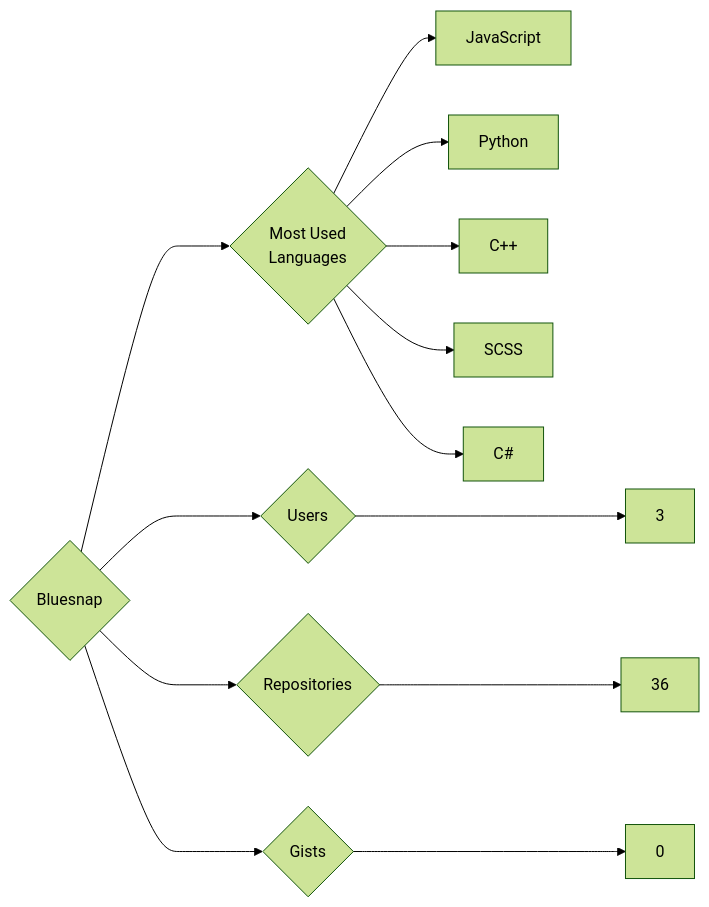
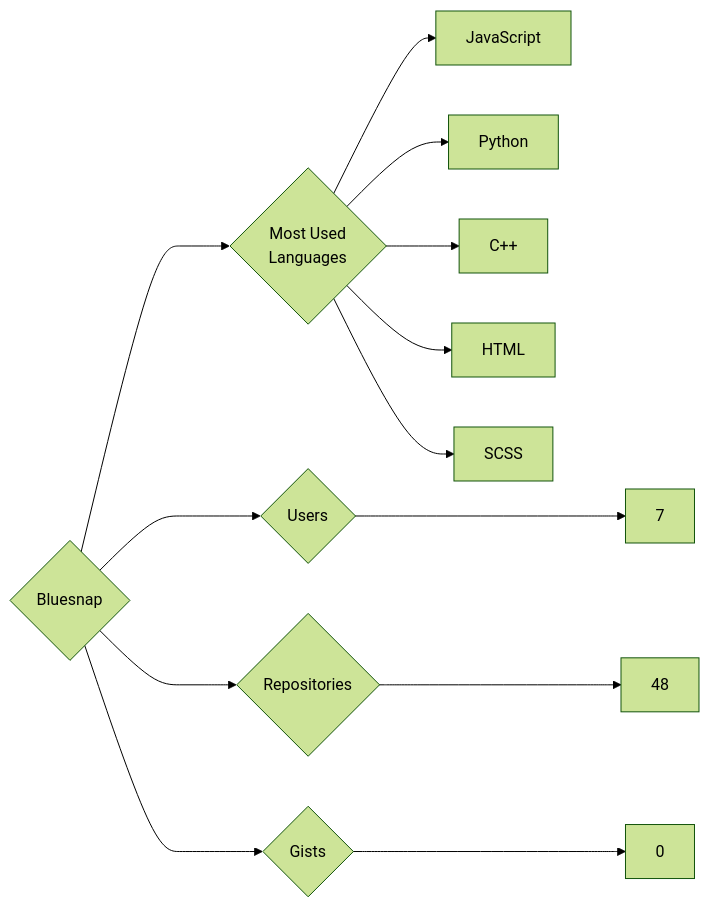
The diagram in targets/Bluesnap/README.md (trickest/insiders), drawn with Mermaid (forest theme) before and after one commit. The commit also changed 870 other files, not shown here.

````diff
--- a/targets/Bluesnap/README.md
+++ b/targets/Bluesnap/README.md
@@ -3,13 +3,13 @@
 ```mermaid
 graph LR
 COMPANY_NAME{Bluesnap}
-COMPANY_NAME ---> U{Users} ---> UN[3]
-COMPANY_NAME ---> R{Repositories} ---> RN[36]
+COMPANY_NAME ---> U{Users} ---> UN[7]
+COMPANY_NAME ---> R{Repositories} ---> RN[48]
 COMPANY_NAME ---> G{Gists} ---> GN[0]
 COMPANY_NAME ---> ML{Most Used<br>Languages}
 ML --> JavaScript[JavaScript]
 ML --> Python[Python]
 ML --> C++[C++]
+ML --> HTML[HTML]
 ML --> SCSS[SCSS]
-ML --> C#[C#]
 ```
````
